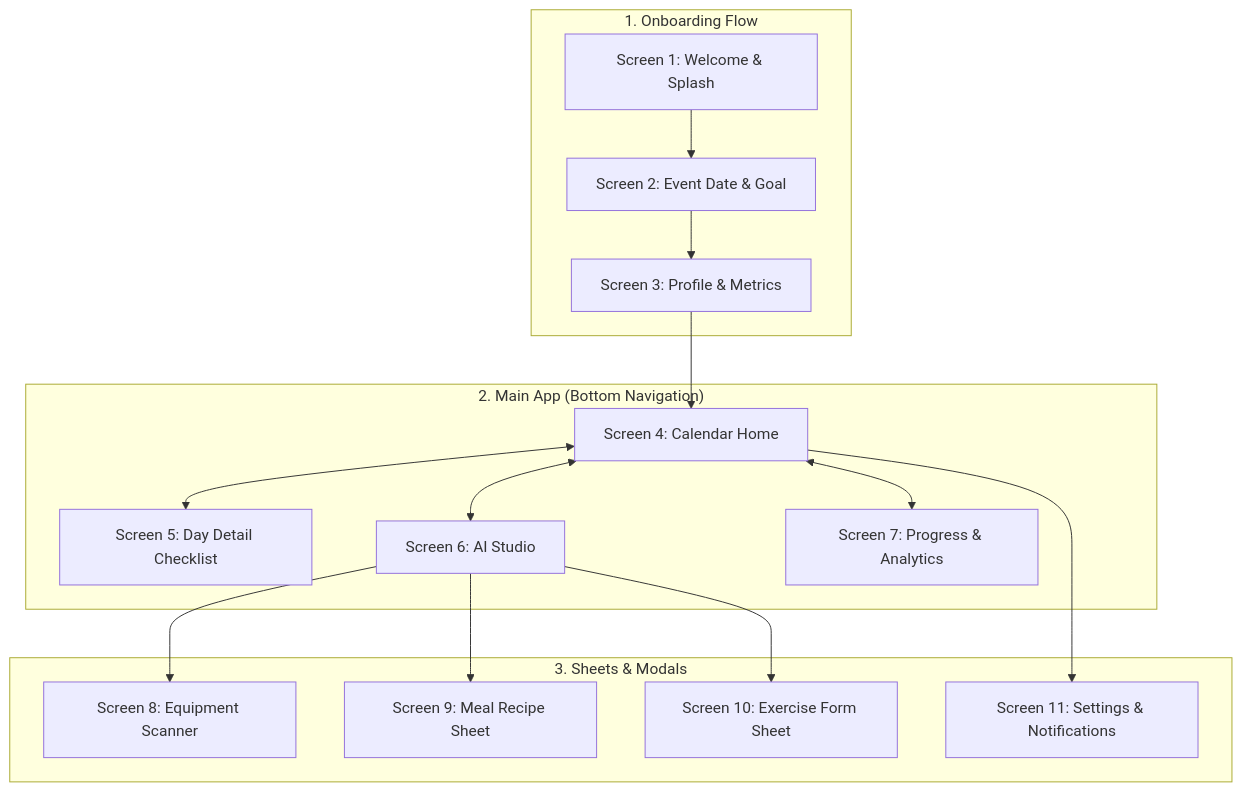
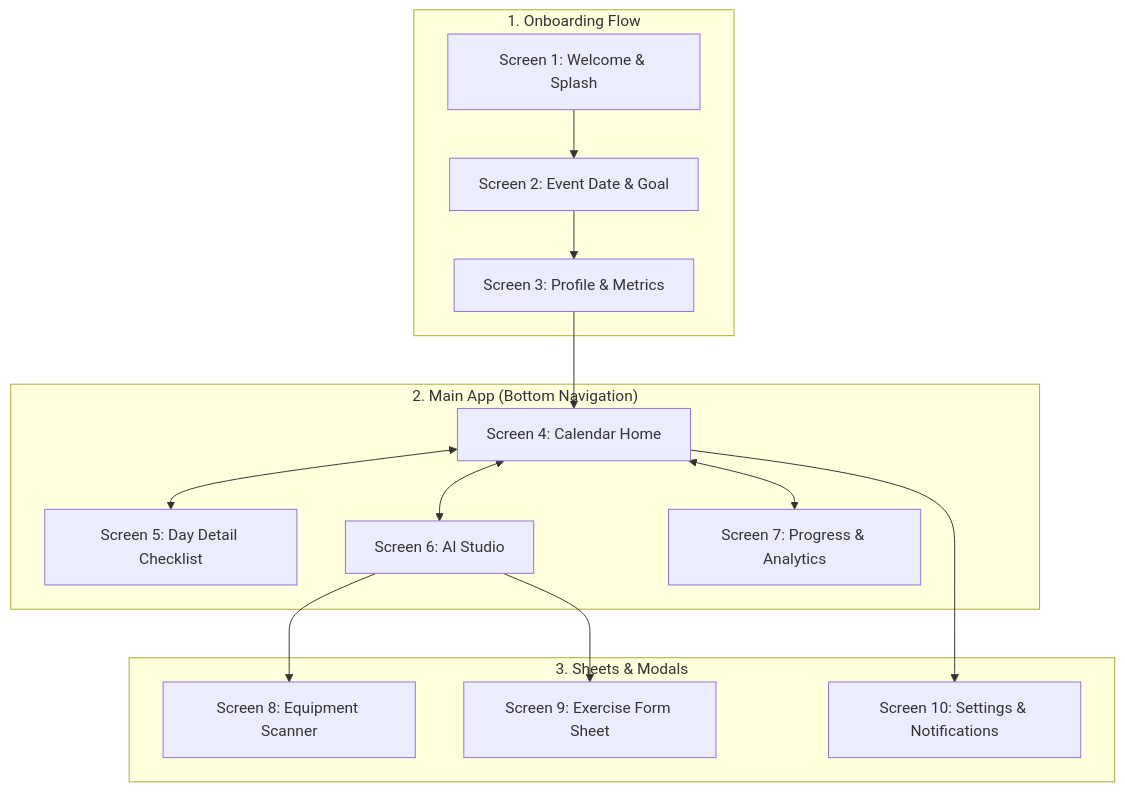
The second of 3 diagrams in CLOCK-IT-APP-SPEC.md (ankita-thakur-28/Clock-IT), drawn with Mermaid before and after one commit. The commit also changed other lines of this file and 3 other files, not shown here.

Commit message:
fix(db): execute direct postgres schema safeguards at startup, baseline flyway from 0, and expose detailed constraint violations

````diff
--- a/CLOCK-IT-APP-SPEC.md
+++ b/CLOCK-IT-APP-SPEC.md
@@ -69,21 +68,20 @@
 ```mermaid
 flowchart TD
     subgraph Onboarding ["1. Onboarding Flow"]
         S1[Screen 1: Welcome & Splash] --> S2[Screen 2: Event Date & Goal]
         S2 --> S3[Screen 3: Profile & Metrics]
     end
 
     subgraph MainApp ["2. Main App (Bottom Navigation)"]
         S3 --> S4[Screen 4: Calendar Home]
         S4 <--> S5[Screen 5: Day Detail Checklist]
         S4 <--> S6[Screen 6: AI Studio]
         S4 <--> S7[Screen 7: Progress & Analytics]
     end
 
     subgraph Modals ["3. Sheets & Modals"]
         S6 --> S8[Screen 8: Equipment Scanner]
-        S6 --> S9[Screen 9: Meal Recipe Sheet]
-        S6 --> S10[Screen 10: Exercise Form Sheet]
-        S4 --> S11[Screen 11: Settings & Notifications]
+        S6 --> S10[Screen 9: Exercise Form Sheet]
+        S4 --> S11[Screen 10: Settings & Notifications]
     end
 ```
````
